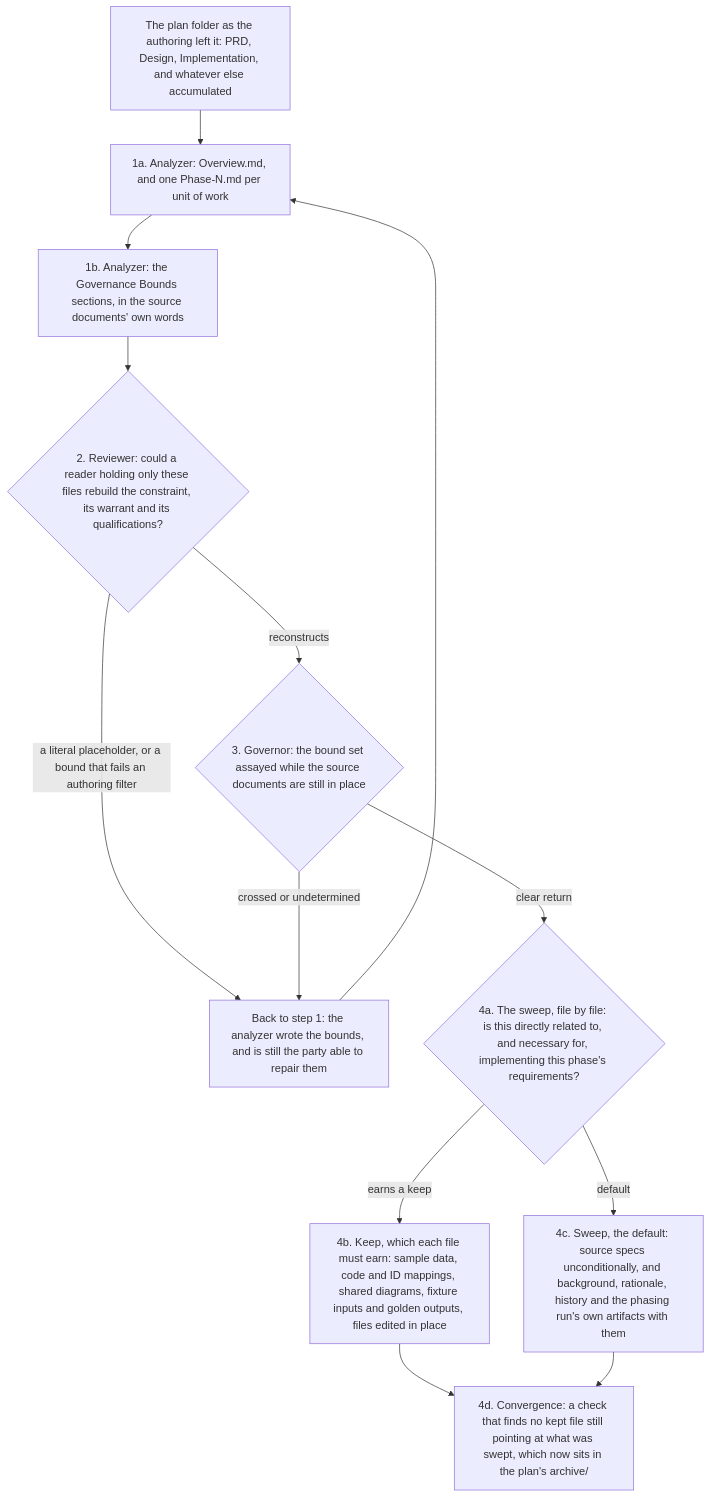
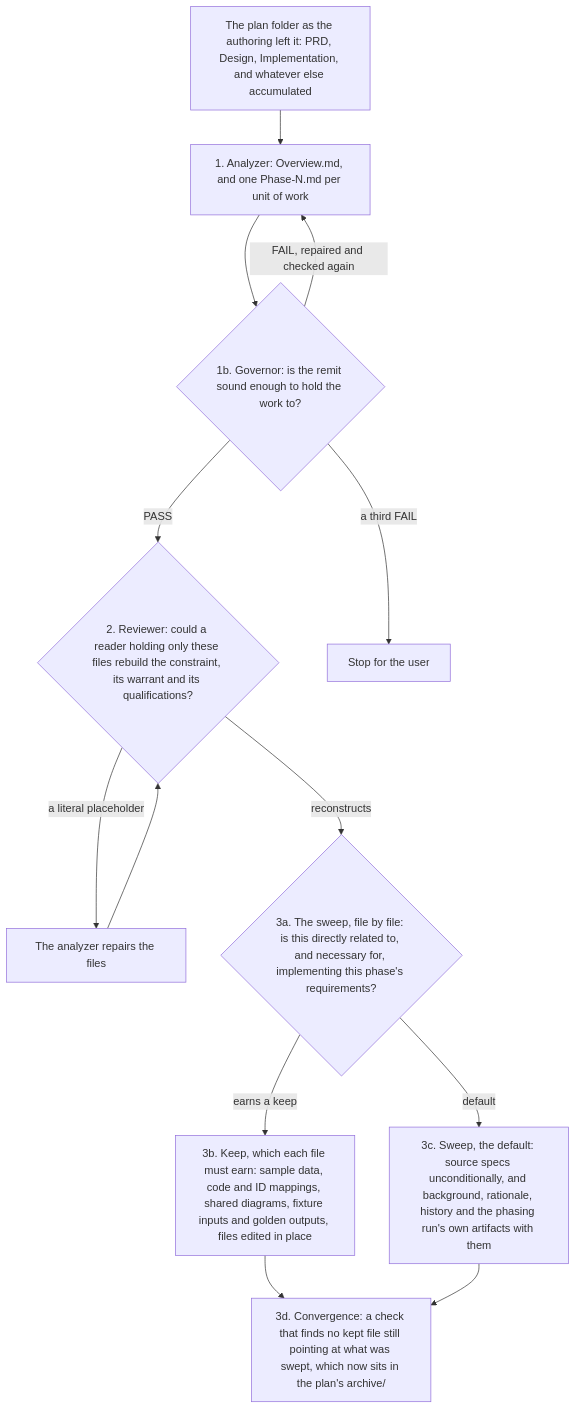
One commit to EricBLivingston/corpus-iuris changed the diagram in docs/pipeline.md. Above: the diagram before and after it, drawn with Mermaid. The commit also changed other lines of this file and 58 other files, not shown here.

````diff
--- a/docs/pipeline.md
+++ b/docs/pipeline.md
@@ -53,24 +53,25 @@
 ```mermaid
 flowchart TD
   SPECS["The plan folder as the authoring left it: PRD, Design, Implementation, and whatever else accumulated"]
-  WRITE["1a. Analyzer: Overview.md, and one Phase-N.md per unit of work"]
-  BOUNDS["1b. Analyzer: the Governance Bounds sections, in the source documents' own words"]
+  WRITE["1. Analyzer: Overview.md, and one Phase-N.md per unit of work"]
+  GATE{"1b. Governor: is the remit sound enough to hold the work to?"}
   REVIEW{"2. Reviewer: could a reader holding only these files rebuild the constraint, its warrant and its qualifications?"}
-  BACK["Back to step 1: the analyzer wrote the bounds, and is still the party able to repair them"]
-  ASSAY{"3. Governor: the bound set assayed while the source documents are still in place"}
-  CLASSIFY{"4a. The sweep, file by file: is this directly related to, and necessary for, implementing this phase's requirements?"}
-  KEEP["4b. Keep, which each file must earn: sample data, code and ID mappings, shared diagrams, fixture inputs and golden outputs, files edited in place"]
-  DROP["4c. Sweep, the default: source specs unconditionally, and background, rationale, history and the phasing run's own artifacts with them"]
-  CLOSE["4d. Convergence: a check that finds no kept file still pointing at what was swept, which now sits in the plan's archive/"]
+  BACK["The analyzer repairs the files"]
+  STOP["Stop for the user"]
+  CLASSIFY{"3a. The sweep, file by file: is this directly related to, and necessary for, implementing this phase's requirements?"}
+  KEEP["3b. Keep, which each file must earn: sample data, code and ID mappings, shared diagrams, fixture inputs and golden outputs, files edited in place"]
+  DROP["3c. Sweep, the default: source specs unconditionally, and background, rationale, history and the phasing run's own artifacts with them"]
+  CLOSE["3d. Convergence: a check that finds no kept file still pointing at what was swept, which now sits in the plan's archive/"]
 
-  SPECS --> WRITE --> BOUNDS --> REVIEW
-  REVIEW -->|"a literal placeholder, or a bound that fails an authoring filter"| BACK
-  BACK --> WRITE
-  REVIEW -->|"reconstructs"| ASSAY
-  ASSAY -->|"crossed or undetermined"| BACK
-  ASSAY -->|"clear return"| CLASSIFY
+  SPECS --> WRITE --> GATE
+  GATE -->|"PASS"| REVIEW
+  GATE -->|"FAIL, repaired and checked again"| WRITE
+  GATE -->|"a third FAIL"| STOP
+  REVIEW -->|"a literal placeholder"| BACK
+  BACK --> REVIEW
+  REVIEW -->|"reconstructs"| CLASSIFY
   CLASSIFY -->|"earns a keep"| KEEP
   CLASSIFY -->|"default"| DROP
   KEEP --> CLOSE
   DROP --> CLOSE
 ```
````
